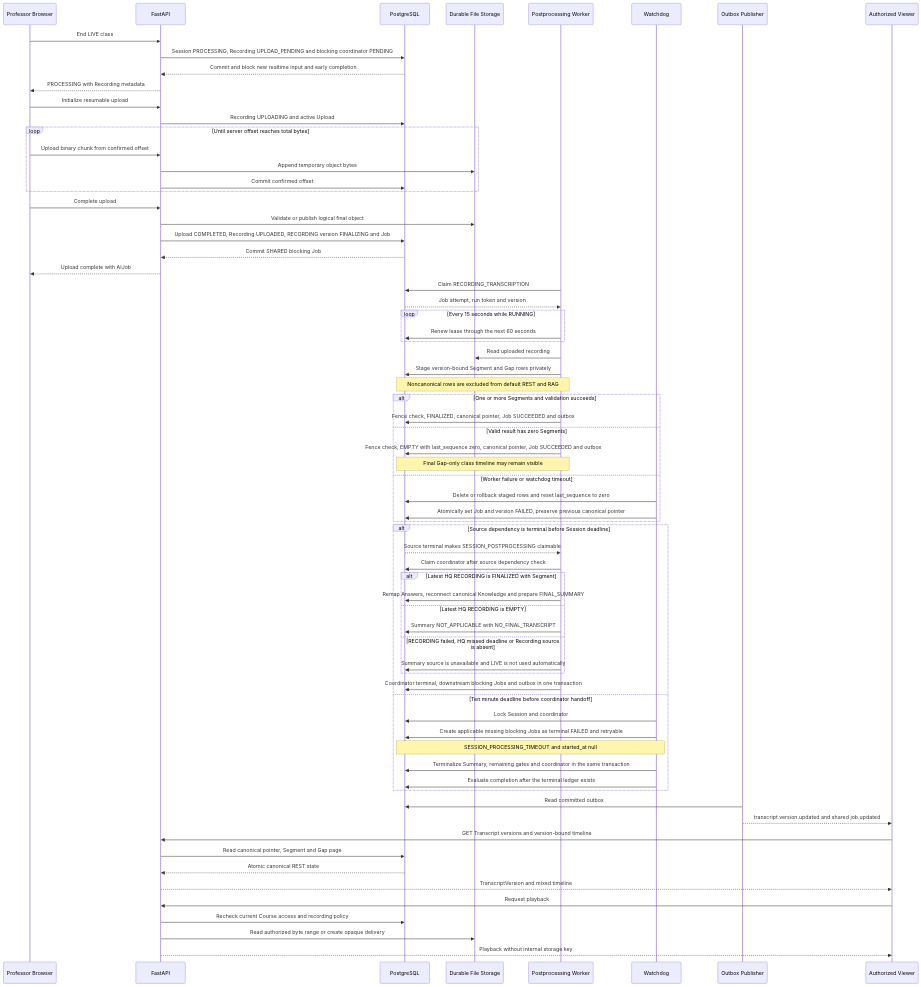
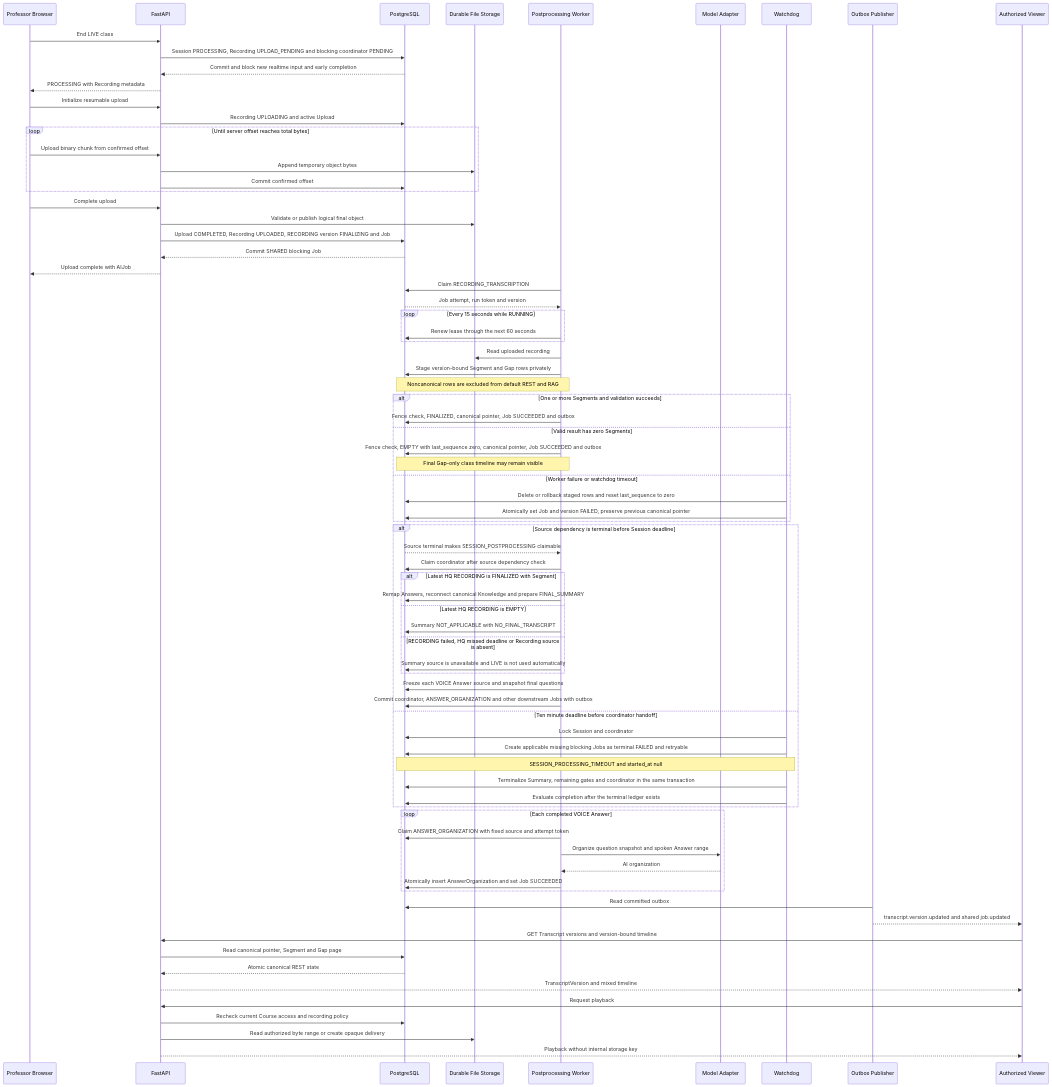
One commit to madcamp-official/26s-w2-c2-08 changed the fourth of 7 diagrams in docs/architecture/시스템구성도.md. Above: the diagram before and after it, drawn with Mermaid. The commit also changed other lines of this file and 1 other file, not shown here.

Commit message:
문서: clustering watermark와 Answer 정리 후처리 흐름 정의

````diff
--- a/docs/architecture/시스템구성도.md
+++ b/docs/architecture/시스템구성도.md
@@ -282,73 +296,81 @@
 ```mermaid
 sequenceDiagram
     participant professor as Professor Browser
     participant api as FastAPI
     participant database as PostgreSQL
     participant storage as Durable File Storage
     participant worker as Postprocessing Worker
+    participant model as Model Adapter
     participant watchdog as Watchdog
     participant publisher as Outbox Publisher
     participant viewer as Authorized Viewer
 
     professor->>api: End LIVE class
     api->>database: Session PROCESSING, Recording UPLOAD_PENDING and blocking coordinator PENDING
     database-->>api: Commit and block new realtime input and early completion
     api-->>professor: PROCESSING with Recording metadata
     professor->>api: Initialize resumable upload
     api->>database: Recording UPLOADING and active Upload
     loop Until server offset reaches total bytes
         professor->>api: Upload binary chunk from confirmed offset
         api->>storage: Append temporary object bytes
         api->>database: Commit confirmed offset
     end
     professor->>api: Complete upload
     api->>storage: Validate or publish logical final object
     api->>database: Upload COMPLETED, Recording UPLOADED, RECORDING version FINALIZING and Job
     database-->>api: Commit SHARED blocking Job
     api-->>professor: Upload complete with AIJob
     worker->>database: Claim RECORDING_TRANSCRIPTION
     database-->>worker: Job attempt, run token and version
     loop Every 15 seconds while RUNNING
         worker->>database: Renew lease through the next 60 seconds
     end
     worker->>storage: Read uploaded recording
     worker->>database: Stage version-bound Segment and Gap rows privately
     Note over worker,database: Noncanonical rows are excluded from default REST and RAG
     alt One or more Segments and validation succeeds
         worker->>database: Fence check, FINALIZED, canonical pointer, Job SUCCEEDED and outbox
     else Valid result has zero Segments
         worker->>database: Fence check, EMPTY with last_sequence zero, canonical pointer, Job SUCCEEDED and outbox
         Note over worker,database: Final Gap-only class timeline may remain visible
     else Worker failure or watchdog timeout
         watchdog->>database: Delete or rollback staged rows and reset last_sequence to zero
         watchdog->>database: Atomically set Job and version FAILED, preserve previous canonical pointer
     end
     alt Source dependency is terminal before Session deadline
         database-->>worker: Source terminal makes SESSION_POSTPROCESSING claimable
         worker->>database: Claim coordinator after source dependency check
         alt Latest HQ RECORDING is FINALIZED with Segment
             worker->>database: Remap Answers, reconnect canonical Knowledge and prepare FINAL_SUMMARY
         else Latest HQ RECORDING is EMPTY
             worker->>database: Summary NOT_APPLICABLE with NO_FINAL_TRANSCRIPT
         else RECORDING failed, HQ missed deadline or Recording source is absent
             worker->>database: Summary source is unavailable and LIVE is not used automatically
         end
-        worker->>database: Coordinator terminal, downstream blocking Jobs and outbox in one transaction
+        worker->>database: Freeze each VOICE Answer source and snapshot final questions
+        worker->>database: Commit coordinator, ANSWER_ORGANIZATION and other downstream Jobs with outbox
     else Ten minute deadline before coordinator handoff
         watchdog->>database: Lock Session and coordinator
         watchdog->>database: Create applicable missing blocking Jobs as terminal FAILED and retryable
         Note over watchdog,database: SESSION_PROCESSING_TIMEOUT and started_at null
         watchdog->>database: Terminalize Summary, remaining gates and coordinator in the same transaction
         watchdog->>database: Evaluate completion after the terminal ledger exists
+    end
+    loop Each completed VOICE Answer
+        worker->>database: Claim ANSWER_ORGANIZATION with fixed source and attempt token
+        worker->>model: Organize question snapshot and spoken Answer range
+        model-->>worker: AI organization
+        worker->>database: Atomically insert AnswerOrganization and set Job SUCCEEDED
     end
     publisher->>database: Read committed outbox
     publisher-->>viewer: transcript.version.updated and shared job.updated
     viewer->>api: GET Transcript versions and version-bound timeline
     api->>database: Read canonical pointer, Segment and Gap page
     database-->>api: Atomic canonical REST state
     api-->>viewer: TranscriptVersion and mixed timeline
     viewer->>api: Request playback
     api->>database: Recheck current Course access and recording policy
     api->>storage: Read authorized byte range or create opaque delivery
     api-->>viewer: Playback without internal storage key
 ```
````
